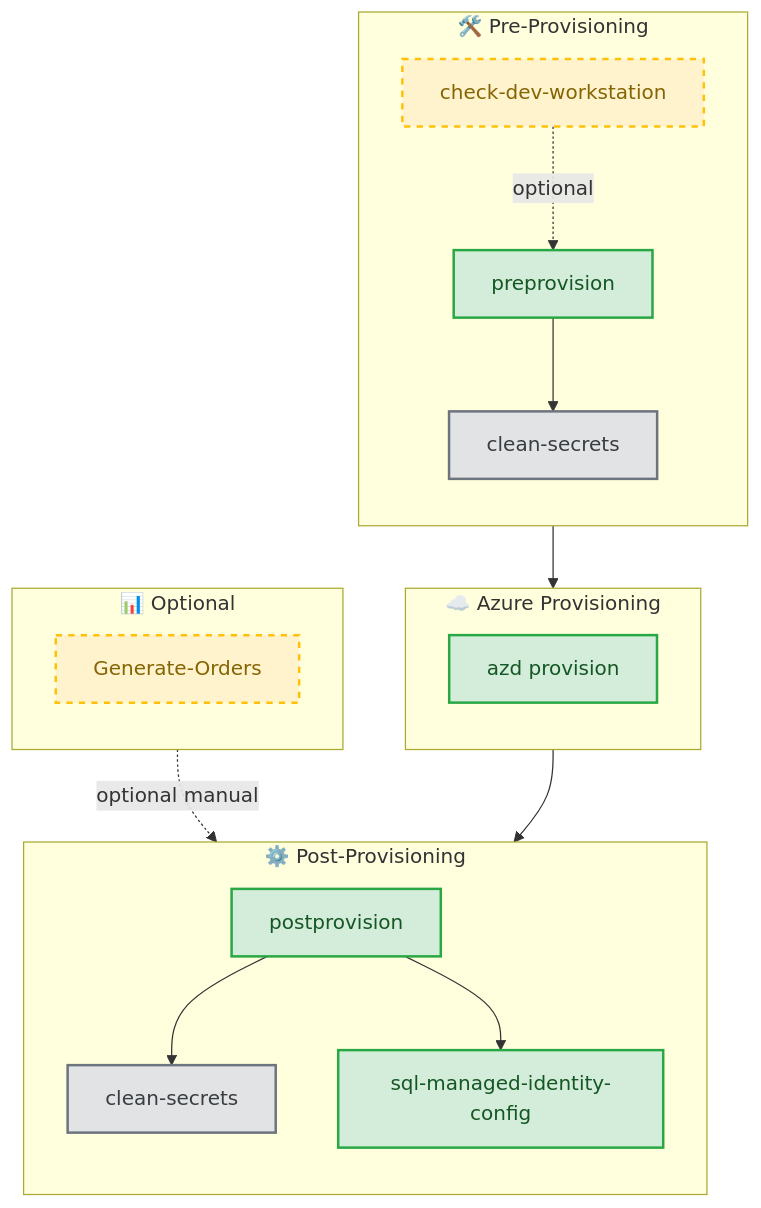
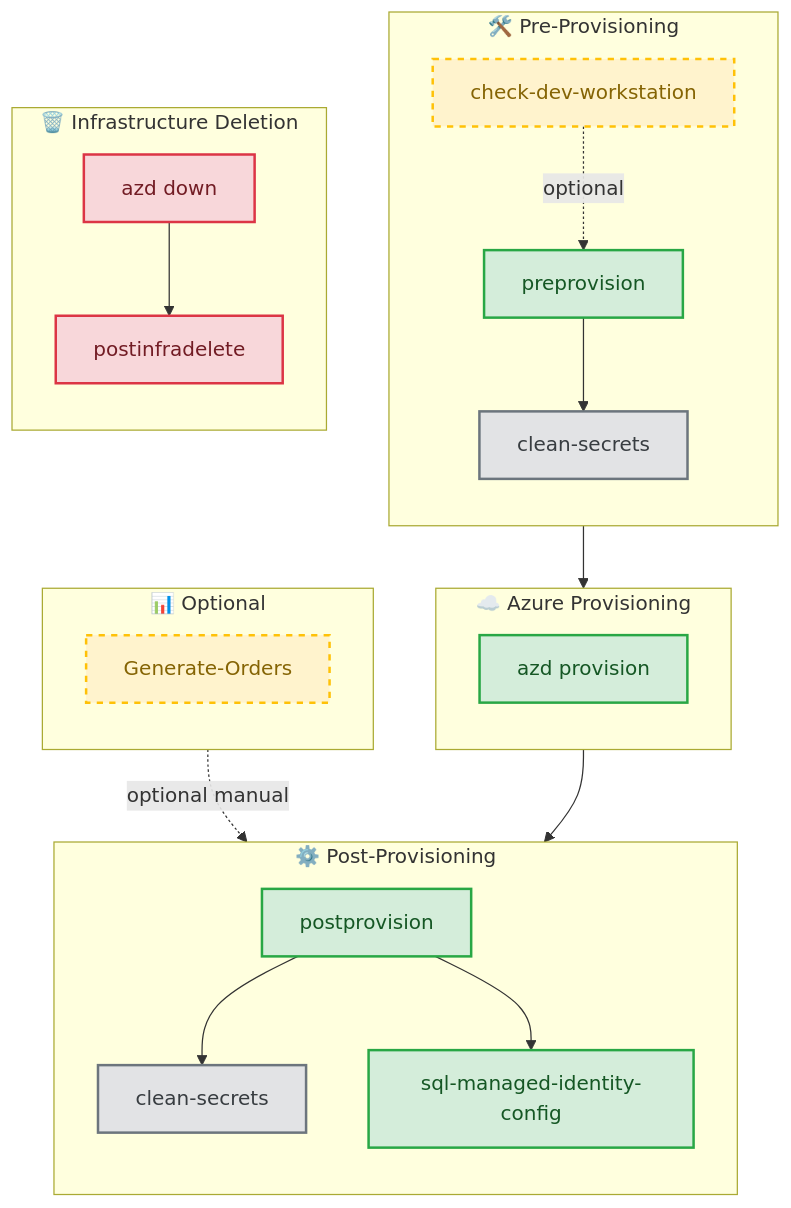
One commit to Evilazaro/Azure-LogicApps-Monitoring changed the first of 7 diagrams in docs/hooks/VALIDATION-WORKFLOW.md. Above: the diagram before and after it, drawn with Mermaid. The commit also changed other lines of this file and 3 other files, not shown here.

````diff
--- a/docs/hooks/VALIDATION-WORKFLOW.md
+++ b/docs/hooks/VALIDATION-WORKFLOW.md
@@ -76,42 +78,51 @@
 ```mermaid
 flowchart TD
     subgraph PreProvGroup["🛠️ Pre-Provisioning"]
         direction TB
         CheckDev[check-dev-workstation]
         PreProv[preprovision]
         CleanSecrets1[clean-secrets]
         CheckDev -.optional.-> PreProv
         PreProv --> CleanSecrets1
     end
 
     subgraph ProvGroup["☁️ Azure Provisioning"]
         direction TB
         AzdProv[azd provision]
     end
 
     subgraph PostProvGroup["⚙️ Post-Provisioning"]
         direction TB
         PostProv[postprovision]
         CleanSecrets2[clean-secrets]
         SqlConfig[sql-managed-identity-config]
         PostProv --> CleanSecrets2
         PostProv --> SqlConfig
     end
 
+    subgraph DeleteGroup["🗑️ Infrastructure Deletion"]
+        direction TB
+        AzdDown[azd down]
+        PostInfraDelete[postinfradelete]
+        AzdDown --> PostInfraDelete
+    end
+
     subgraph OptionalGroup["📊 Optional"]
         direction TB
         GenOrders[Generate-Orders]
     end
 
     CleanSecrets1 --> AzdProv
     AzdProv --> PostProv
     GenOrders -.optional manual.-> PostProv
 
     classDef optionalClass fill:#fff3cd,stroke:#ffc107,stroke-width:2px,stroke-dasharray: 5 5,color:#856404
     classDef automaticClass fill:#d4edda,stroke:#28a745,stroke-width:2px,color:#155724
     classDef utilityClass fill:#e2e3e5,stroke:#6c757d,stroke-width:2px,color:#383d41
+    classDef deleteClass fill:#f8d7da,stroke:#dc3545,stroke-width:2px,color:#721c24
 
     class CheckDev,GenOrders optionalClass
     class PreProv,AzdProv,PostProv,SqlConfig automaticClass
     class CleanSecrets1,CleanSecrets2 utilityClass
+    class AzdDown,PostInfraDelete deleteClass
 ```
````
